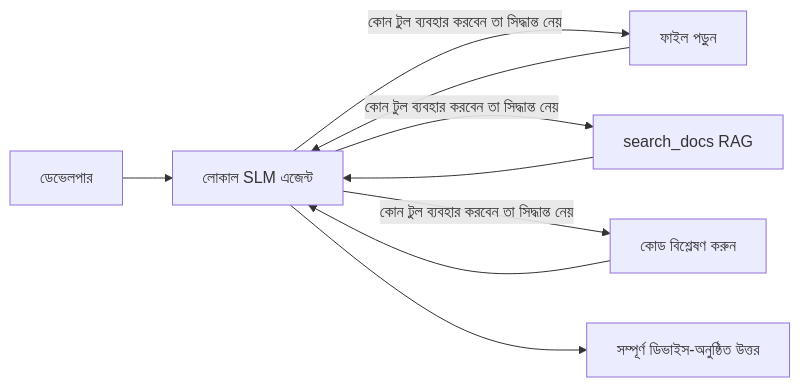
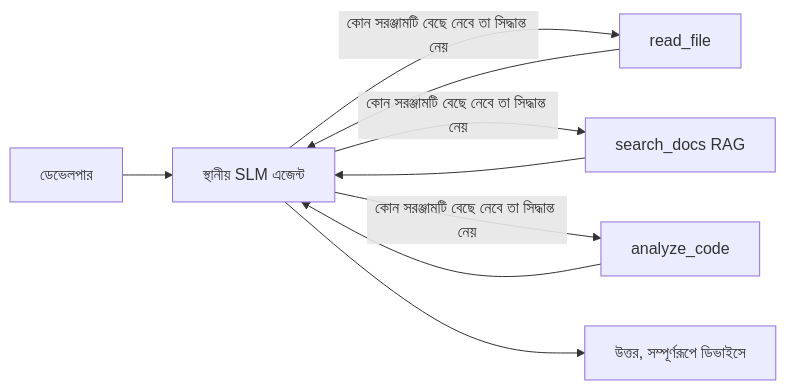
One commit to microsoft/ai-agents-for-beginners changed the first of 4 diagrams in translations/bn/17-creating-local-ai-agents/README.md. Above: the diagram before and after it, drawn with Mermaid. The commit also changed other lines of this file and 45 other files, not shown here.

````diff
--- a/translations/bn/17-creating-local-ai-agents/README.md
+++ b/translations/bn/17-creating-local-ai-agents/README.md
@@ -66,11 +66,11 @@
 ```mermaid
 flowchart LR
-    U[ডেভেলপার] --> A[লোকাল SLM এজেন্ট]
-    A -->|কোন টুল ব্যবহার করবেন তা সিদ্ধান্ত নেয়| T1[ফাইল পড়ুন]
-    A -->|কোন টুল ব্যবহার করবেন তা সিদ্ধান্ত নেয়| T2[search_docs RAG]
-    A -->|কোন টুল ব্যবহার করবেন তা সিদ্ধান্ত নেয়| T3[কোড বিশ্লেষণ করুন]
+    U[ডেভেলপার] --> A[স্থানীয় SLM এজেন্ট]
+    A -->|কোন সরঞ্জামটি বেছে নেবে তা সিদ্ধান্ত নেয়| T1[read_file]
+    A -->|কোন সরঞ্জামটি বেছে নেবে তা সিদ্ধান্ত নেয়| T2[search_docs RAG]
+    A -->|কোন সরঞ্জামটি বেছে নেবে তা সিদ্ধান্ত নেয়| T3[analyze_code]
     T1 --> A
     T2 --> A
     T3 --> A
-    A --> R[সম্পূর্ণ ডিভাইস-অনুষ্ঠিত উত্তর]
+    A --> R[উত্তর, সম্পূর্ণরূপে ডিভাইসে]
 ```
````
